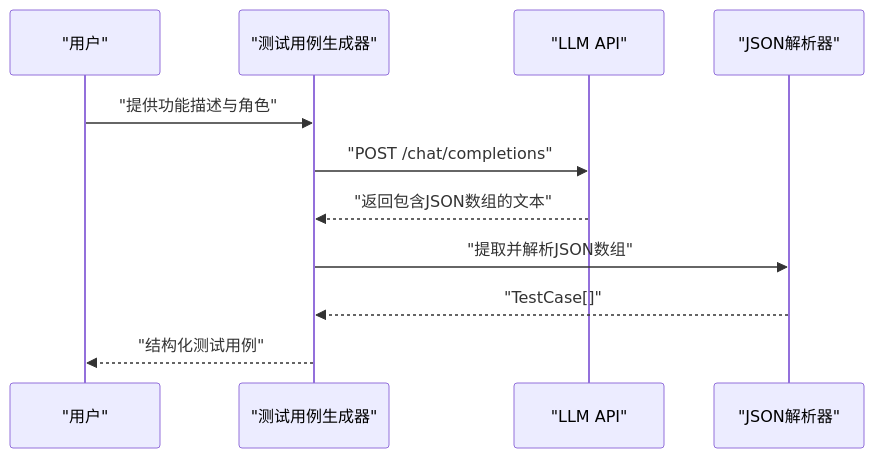
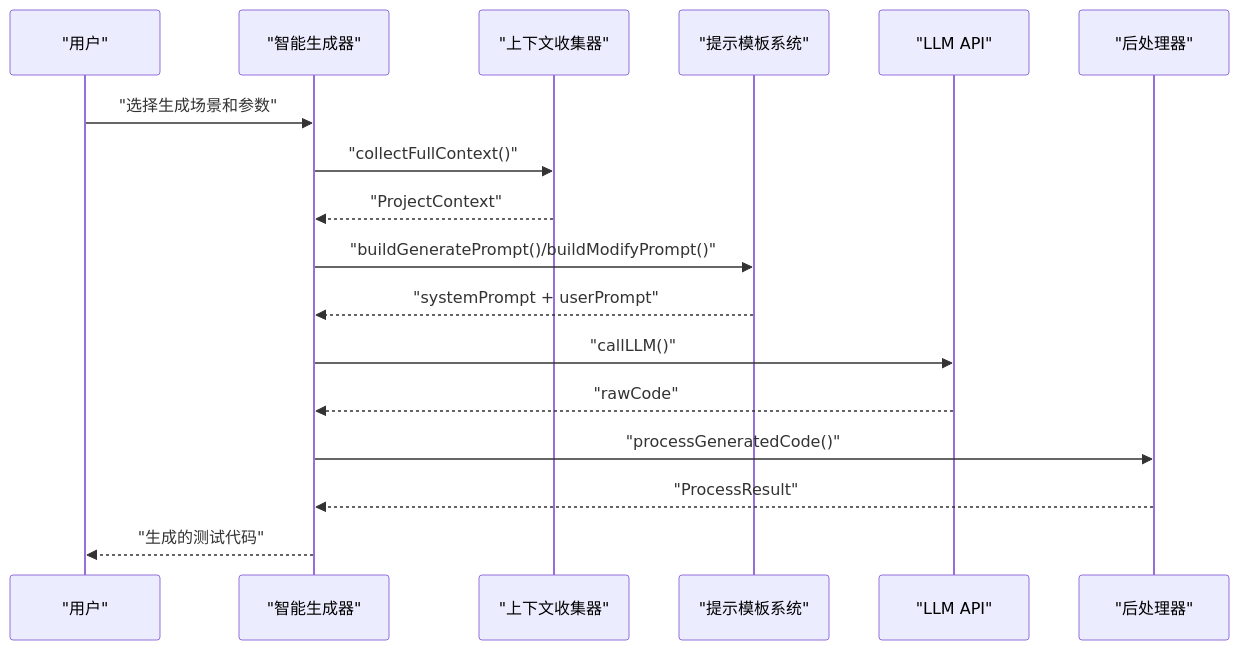
One commit to zzgoviziwind/--playwright changed the third of 5 diagrams in .qoder/repowiki/zh/content/AI测试生成系统/AI测试用例生成器.md. Above: the diagram before and after it, drawn with Mermaid. The commit also changed other lines of this file and 112 other files, not shown here.

````diff
--- a/.qoder/repowiki/zh/content/AI测试生成系统/AI测试用例生成器.md
+++ b/.qoder/repowiki/zh/content/AI测试生成系统/AI测试用例生成器.md
@@ -162,13 +171,19 @@
 ```mermaid
 sequenceDiagram
 participant User as "用户"
-participant TG as "测试用例生成器"
+participant SG as "智能生成器"
+participant CC as "上下文收集器"
+participant PT as "提示模板系统"
 participant LLM as "LLM API"
-participant Parser as "JSON解析器"
-User->>TG : "提供功能描述与角色"
-TG->>LLM : "POST /chat/completions"
-LLM-->>TG : "返回包含JSON数组的文本"
-TG->>Parser : "提取并解析JSON数组"
-Parser-->>TG : "TestCase[]"
-TG-->>User : "结构化测试用例"
+participant PP as "后处理器"
+User->>SG : "选择生成场景和参数"
+SG->>CC : "collectFullContext()"
+CC-->>SG : "ProjectContext"
+SG->>PT : "buildGeneratePrompt()/buildModifyPrompt()"
+PT-->>SG : "systemPrompt + userPrompt"
+SG->>LLM : "callLLM()"
+LLM-->>SG : "rawCode"
+SG->>PP : "processGeneratedCode()"
+PP-->>SG : "ProcessResult"
+SG-->>User : "生成的测试代码"
 ```
````
